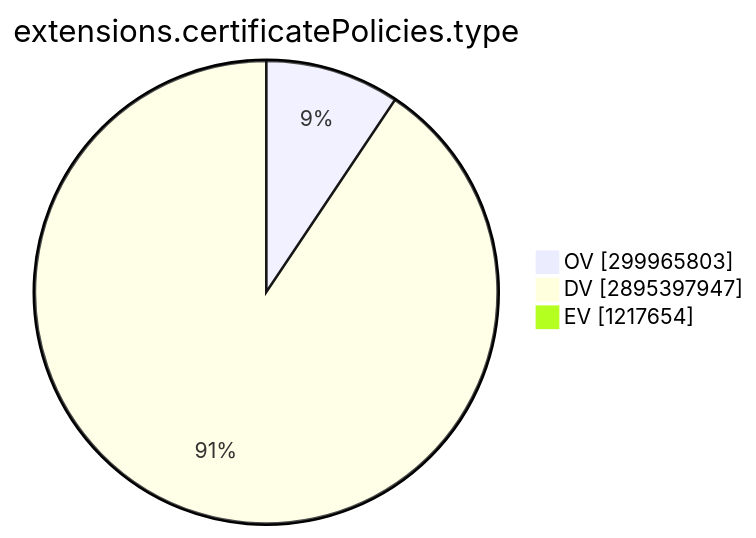
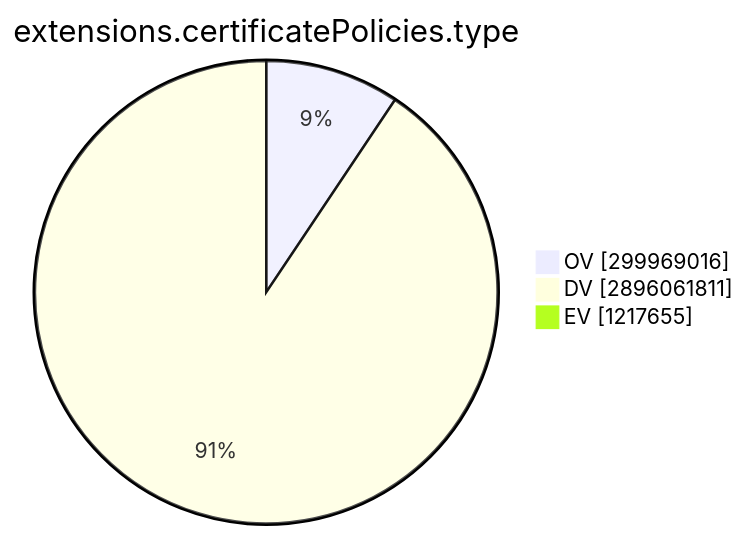
Before and after one commit to christiankrug/ctmonitor_visualization: the ninth of 15 diagrams in TOTAL/README.md, drawn with Mermaid. The commit also changed other lines of this file, not shown here.

````diff
--- a/TOTAL/README.md
+++ b/TOTAL/README.md
@@ -3101,7 +3101,7 @@
 ```mermaid
 pie showData
 title extensions.certificatePolicies.type
-"OV" :299965803
-"DV" :2895397947
-"EV" :1217654
+"OV" :299969016
+"DV" :2896061811
+"EV" :1217655
 ```
````
